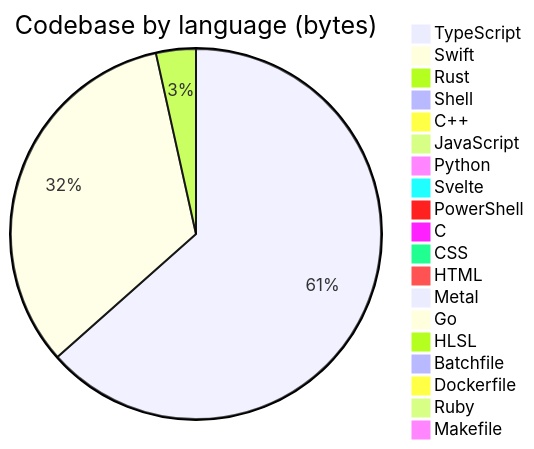
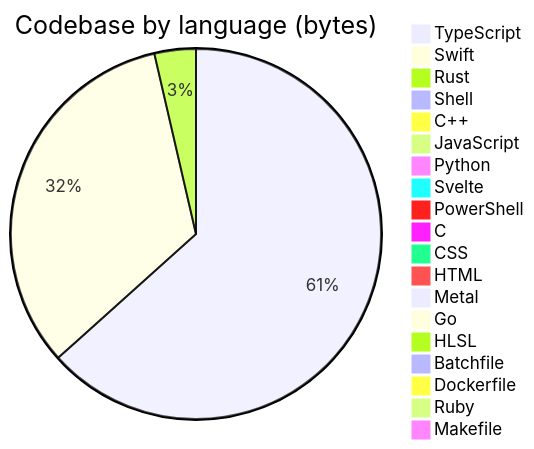
The diagram in profile/README.md (Open330/.github), drawn with Mermaid before and after one commit. The commit also changed other lines of this file, not shown here.

````diff
--- a/profile/README.md
+++ b/profile/README.md
@@ -131,22 +131,22 @@
 ```mermaid
 pie title Codebase by language (bytes)
     "TypeScript" : 34372299
     "Swift" : 17922868
-    "Rust" : 1882554
+    "Rust" : 1959505
     "Shell" : 479227
     "C++" : 388775
     "JavaScript" : 317974
     "Python" : 300772
     "Svelte" : 143451
     "PowerShell" : 128198
     "C" : 114143
     "CSS" : 107047
     "HTML" : 44303
     "Metal" : 33033
     "Go" : 22811
     "HLSL" : 7527
     "Batchfile" : 5870
     "Dockerfile" : 4893
     "Ruby" : 1554
     "Makefile" : 1150
 ```
````
